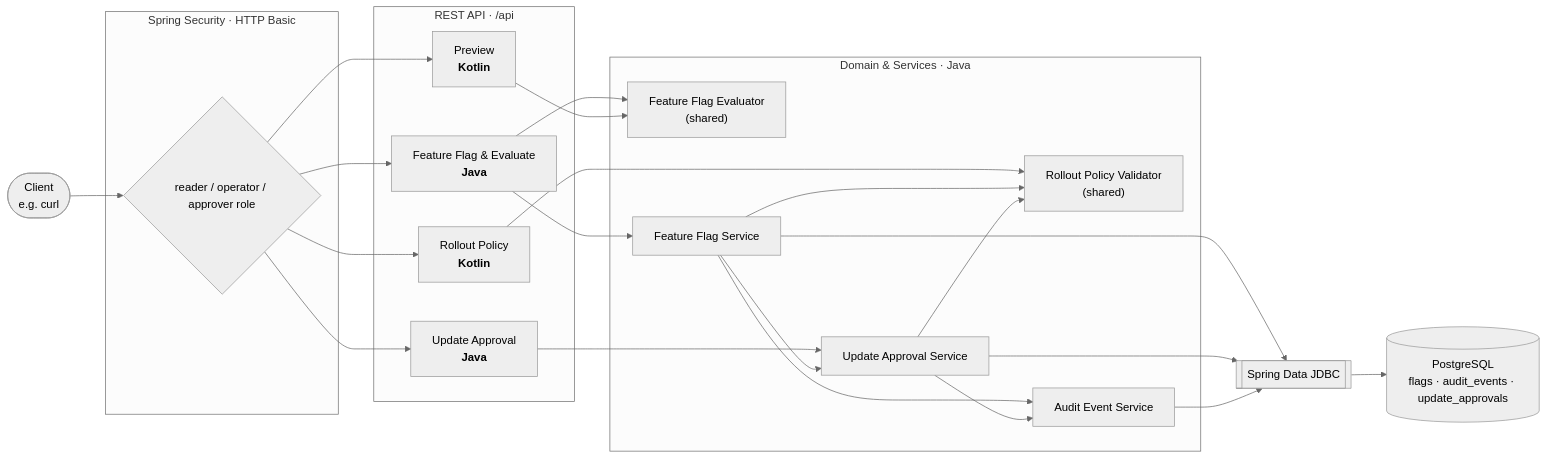
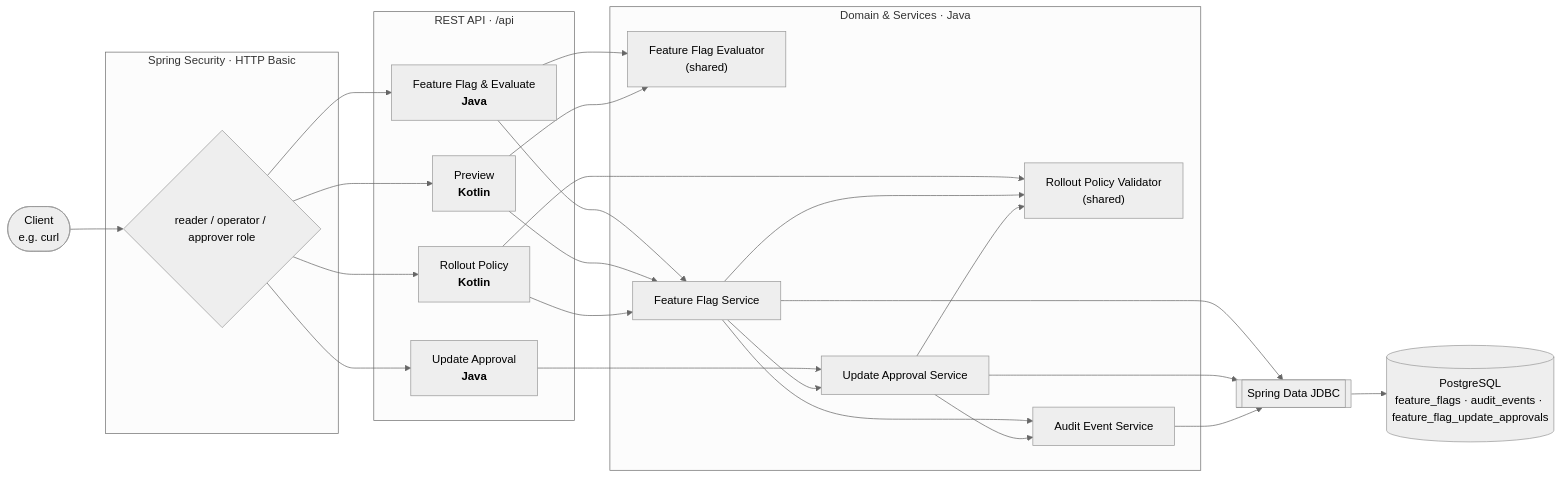
Before and after one commit to 42milez/feature-flag-expt: the first of 3 diagrams in README.ja.md, drawn with Mermaid (neutral theme). The commit also changed other lines of this file and 3 other files, not shown here.

````diff
--- a/README.ja.md
+++ b/README.ja.md
@@ -54,37 +56,37 @@
 ```mermaid
 flowchart LR
     Client([Client<br/>e.g. curl])
 
     subgraph Sec["Spring Security · HTTP Basic"]
         Auth{"reader / operator / approver role"}
     end
 
     subgraph API["REST API · /api"]
         FlagCtl["Feature Flag &amp; Evaluate<br/><b>Java</b>"]
         ApprovalCtl["Update Approval<br/><b>Java</b>"]
         PreviewCtl["Preview<br/><b>Kotlin</b>"]
         PolicyCtl["Rollout Policy<br/><b>Kotlin</b>"]
     end
 
     subgraph Core["Domain &amp; Services · Java"]
         Eval["Feature Flag Evaluator<br/>(shared)"]
         Svc["Feature Flag Service"]
         ApprovalSvc["Update Approval Service"]
         Policy["Rollout Policy Validator<br/>(shared)"]
         Audit["Audit Event Service"]
     end
 
     Repo[["Spring Data JDBC"]]
-    DB[("PostgreSQL<br/>flags · audit_events · update_approvals")]
+    DB[("PostgreSQL<br/>feature_flags · audit_events · feature_flag_update_approvals")]
 
     Client --> Auth
     Auth --> FlagCtl & ApprovalCtl & PreviewCtl & PolicyCtl
     FlagCtl --> Svc & Eval
     ApprovalCtl --> ApprovalSvc
-    PreviewCtl --> Eval
-    PolicyCtl --> Policy
+    PreviewCtl --> Svc & Eval
+    PolicyCtl --> Svc & Policy
     Svc --> Policy & ApprovalSvc & Audit & Repo
     ApprovalSvc --> Policy & Audit & Repo
     Audit --> Repo
     Repo --> DB
 ```
````
